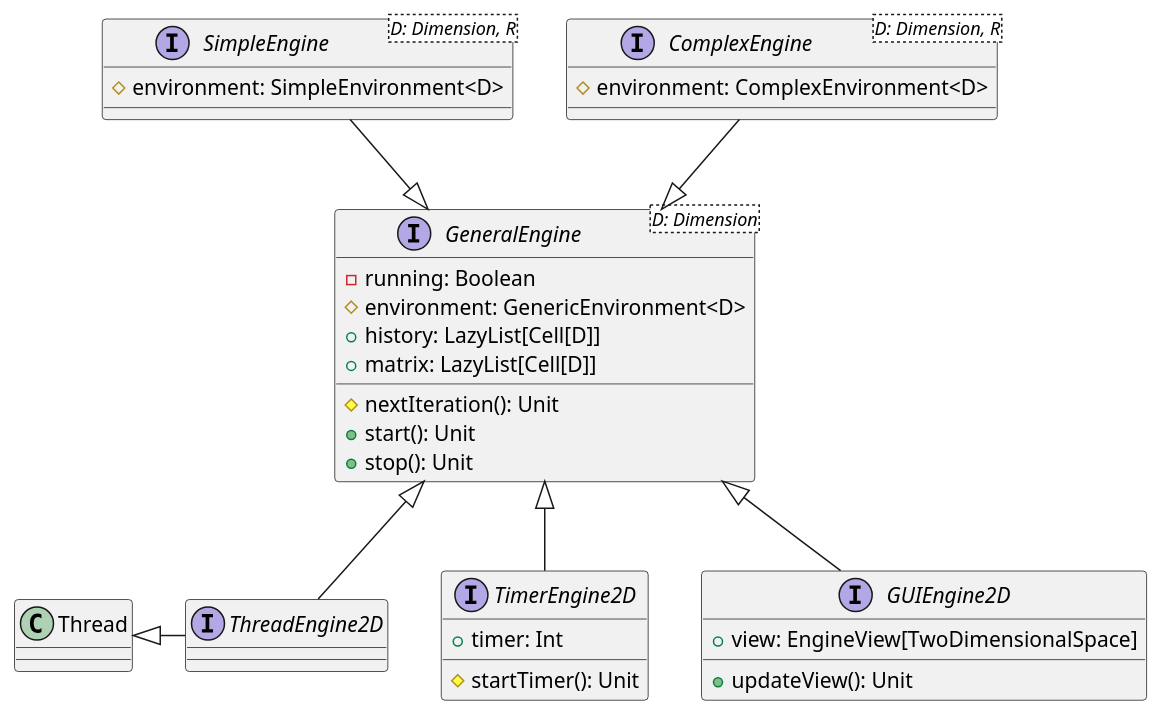
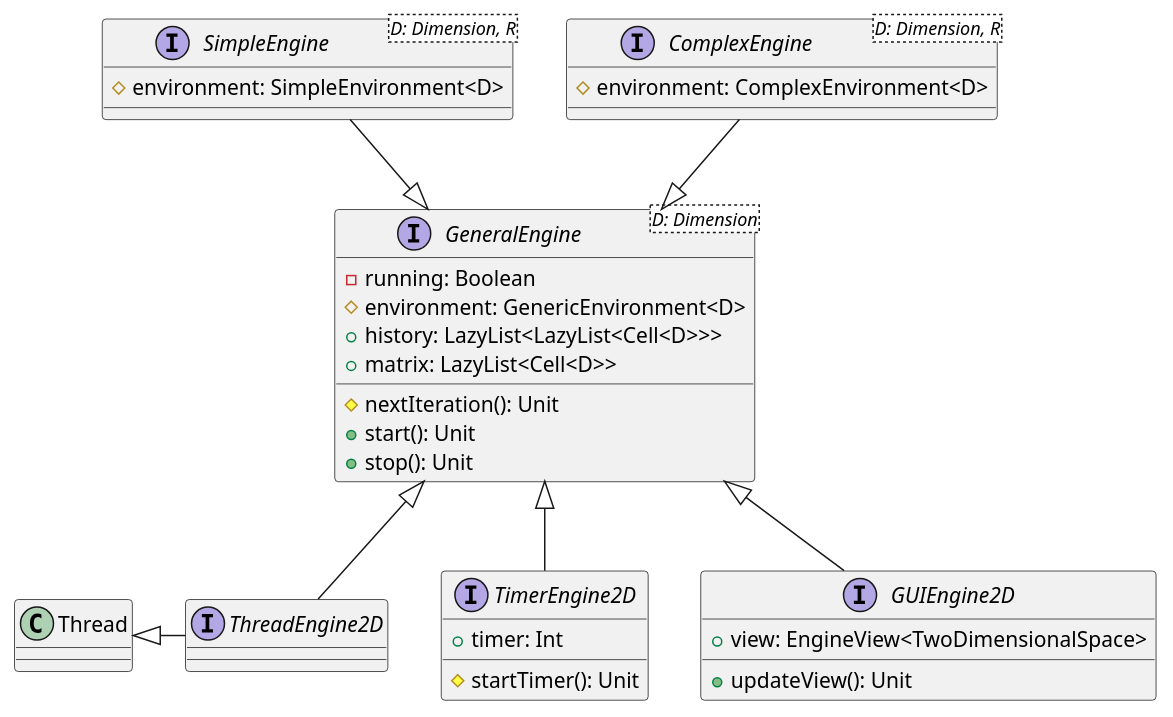
One commit to MatteoIorio11/PPS-23-ScalaSim changed the diagram in docs/img/plantuml/engine.pu. Above: the diagram before and after it, drawn with PlantUML. The commit also changed 1 other file, not shown here.

Commit message:
fix(docs): adapt UML to engine refactor

```diff
--- a/docs/img/plantuml/engine.pu
+++ b/docs/img/plantuml/engine.pu
@@ -1,40 +1,40 @@
 @startuml engine
 interface GeneralEngine<D: Dimension> {
     - running: Boolean
     # environment: GenericEnvironment<D>
-    + history: LazyList[Cell[D]]
-    + matrix: LazyList[Cell[D]]
+    + history: LazyList<LazyList<Cell<D>>>
+    + matrix: LazyList<Cell<D>>
     # nextIteration(): Unit
     + start(): Unit
     + stop(): Unit
 }
 
 interface SimpleEngine<D: Dimension, R> {
     # environment: SimpleEnvironment<D>
 }
 
 interface ComplexEngine<D: Dimension, R> {
     # environment: ComplexEnvironment<D>
 }
 
 interface ThreadEngine2D {}
 
 interface TimerEngine2D {
     + timer: Int
     # startTimer(): Unit
 }
 
 interface GUIEngine2D {
-    + view: EngineView[TwoDimensionalSpace]
+    + view: EngineView<TwoDimensionalSpace>
     + updateView(): Unit
 }
 
 SimpleEngine --|> GeneralEngine
 ComplexEngine --|> GeneralEngine
 
 ThreadEngine2D -left-|> Thread
 ThreadEngine2D -up-|> GeneralEngine
 TimerEngine2D -up-|> GeneralEngine
 GUIEngine2D -up-|> GeneralEngine
 
 @enduml
```
